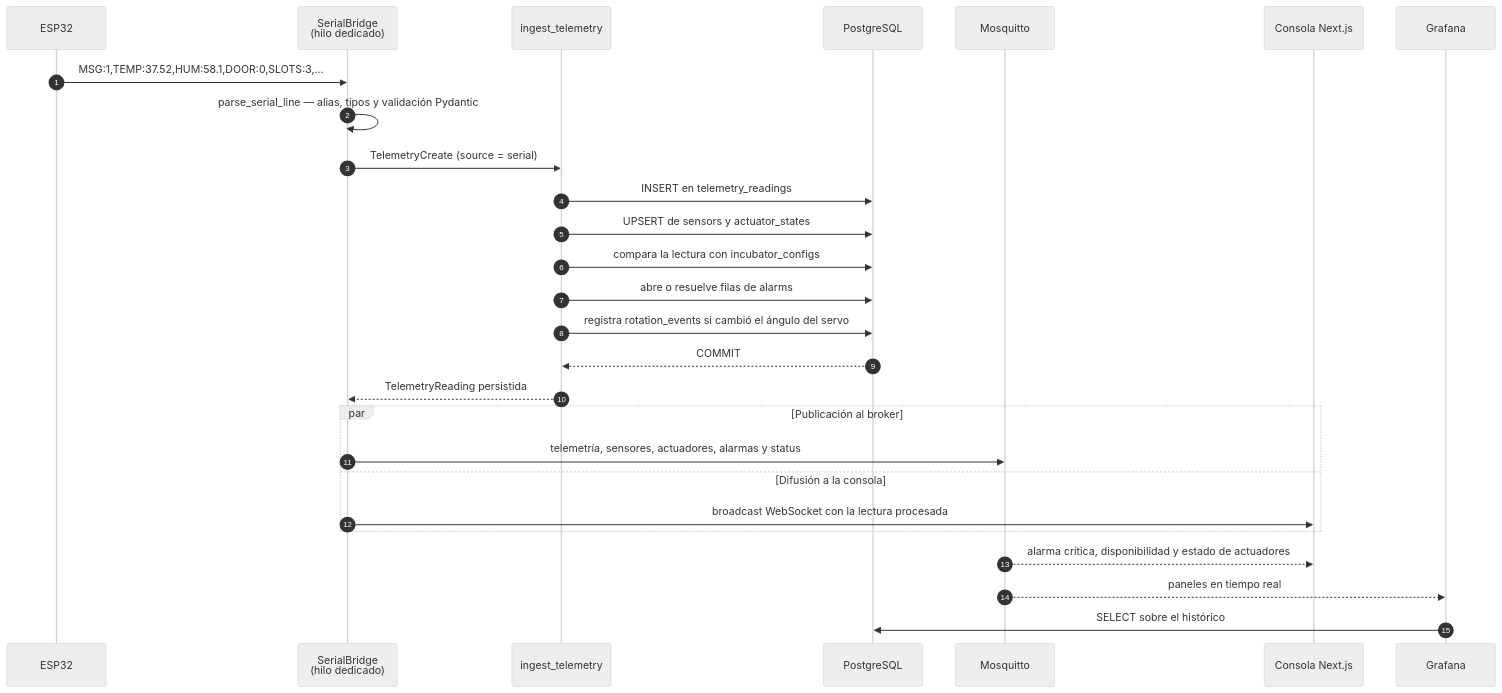
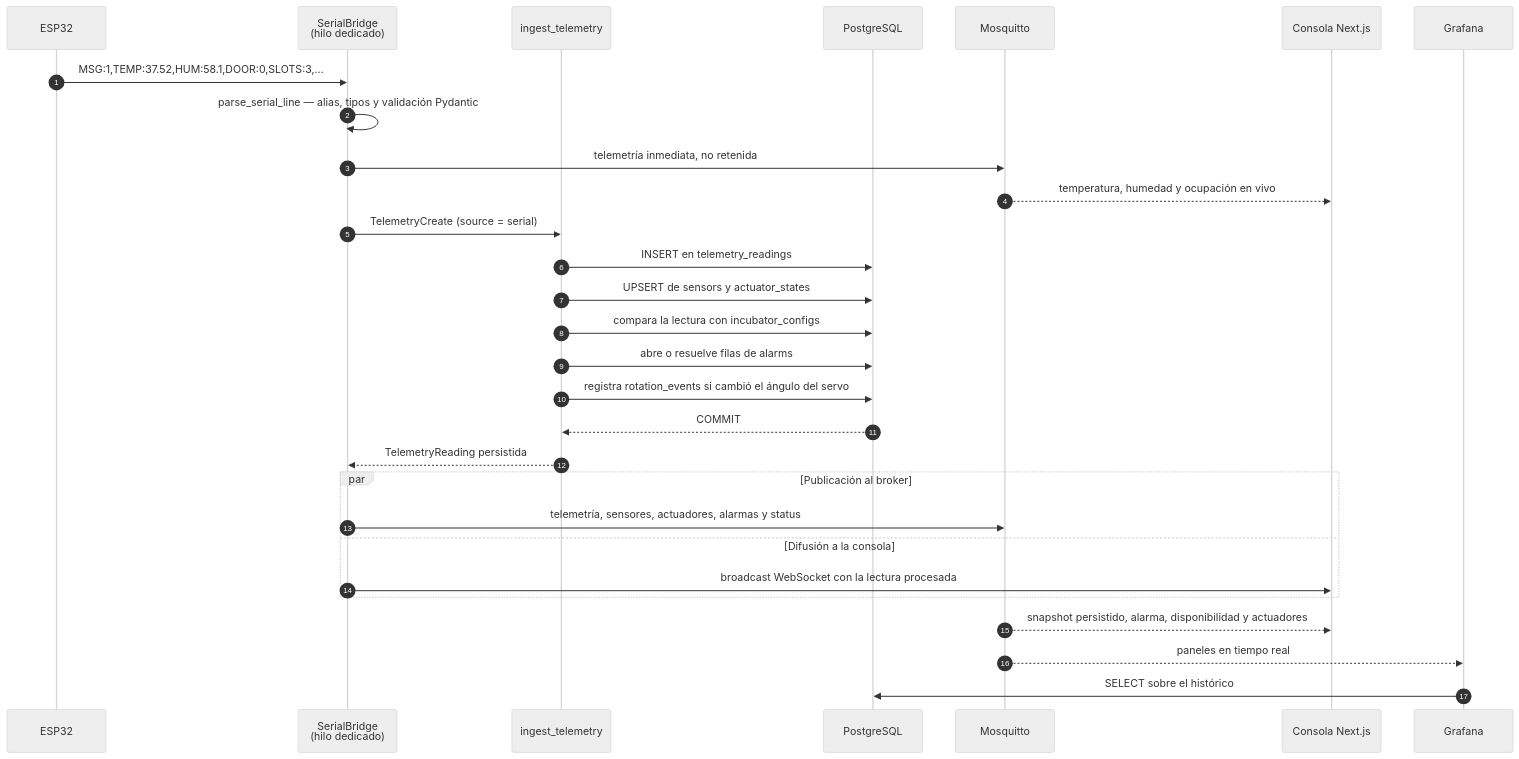
One commit to ricardious/AYC2_G3 changed the second of 7 diagrams in Proyecto_1_SmartEgg/README.md. Above: the diagram before and after it, drawn with Mermaid (neutral theme). The commit also changed other lines of this file and 2 other files, not shown here.

Commit message:
docs: align architecture and video guide with live Three.js view

````diff
--- a/Proyecto_1_SmartEgg/README.md
+++ b/Proyecto_1_SmartEgg/README.md
@@ -133,33 +135,35 @@
 ```mermaid
 sequenceDiagram
     autonumber
     participant ARD as ESP32
     participant BR as SerialBridge<br/>(hilo dedicado)
     participant ING as ingest_telemetry
     participant PG as PostgreSQL
     participant MQ as Mosquitto
     participant NX as Consola Next.js
     participant GF as Grafana
 
     ARD->>BR: MSG:1,TEMP:37.52,HUM:58.1,DOOR:0,SLOTS:3,…
     BR->>BR: parse_serial_line — alias, tipos y validación Pydantic
+    BR->>MQ: telemetría inmediata, no retenida
+    MQ-->>NX: temperatura, humedad y ocupación en vivo
     BR->>ING: TelemetryCreate (source = serial)
 
     ING->>PG: INSERT en telemetry_readings
     ING->>PG: UPSERT de sensors y actuator_states
     ING->>PG: compara la lectura con incubator_configs
     ING->>PG: abre o resuelve filas de alarms
     ING->>PG: registra rotation_events si cambió el ángulo del servo
     PG-->>ING: COMMIT
     ING-->>BR: TelemetryReading persistida
 
     par Publicación al broker
         BR->>MQ: telemetría, sensores, actuadores, alarmas y status
     and Difusión a la consola
         BR->>NX: broadcast WebSocket con la lectura procesada
     end
 
-    MQ-->>NX: alarma crítica, disponibilidad y estado de actuadores
+    MQ-->>NX: snapshot persistido, alarma, disponibilidad y actuadores
     MQ-->>GF: paneles en tiempo real
     GF->>PG: SELECT sobre el histórico
 ```
````
